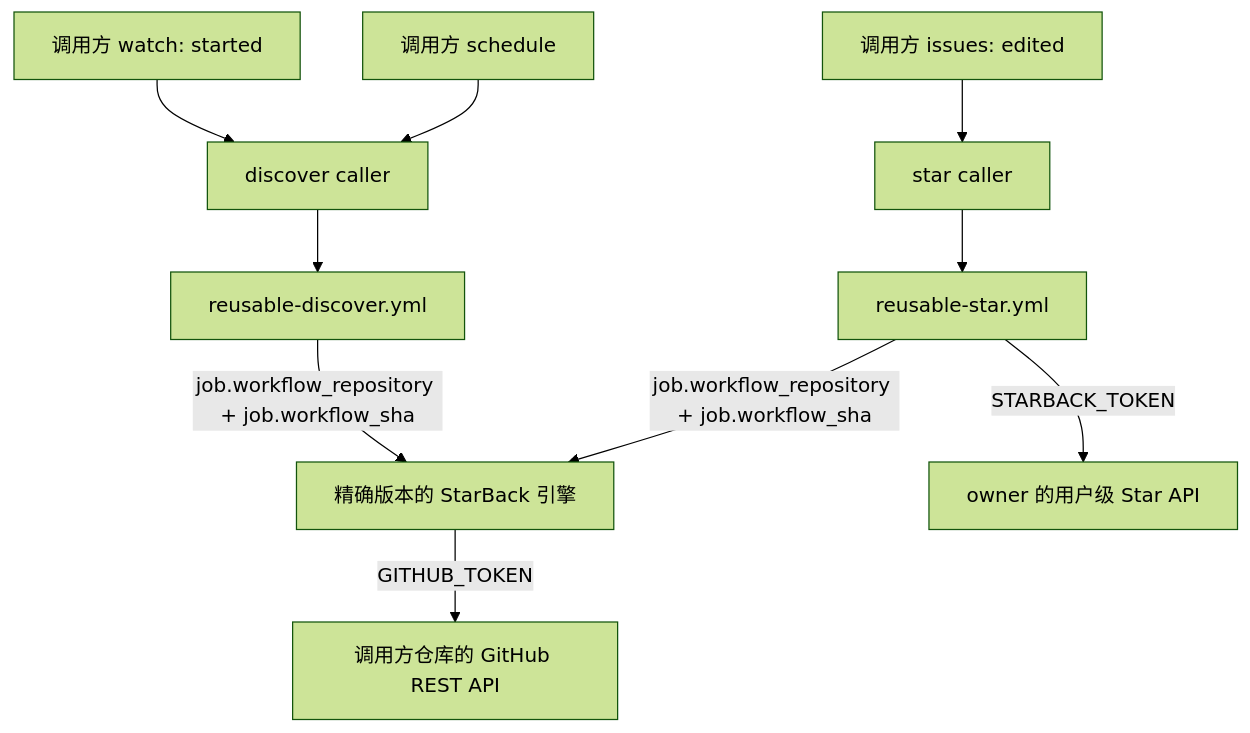
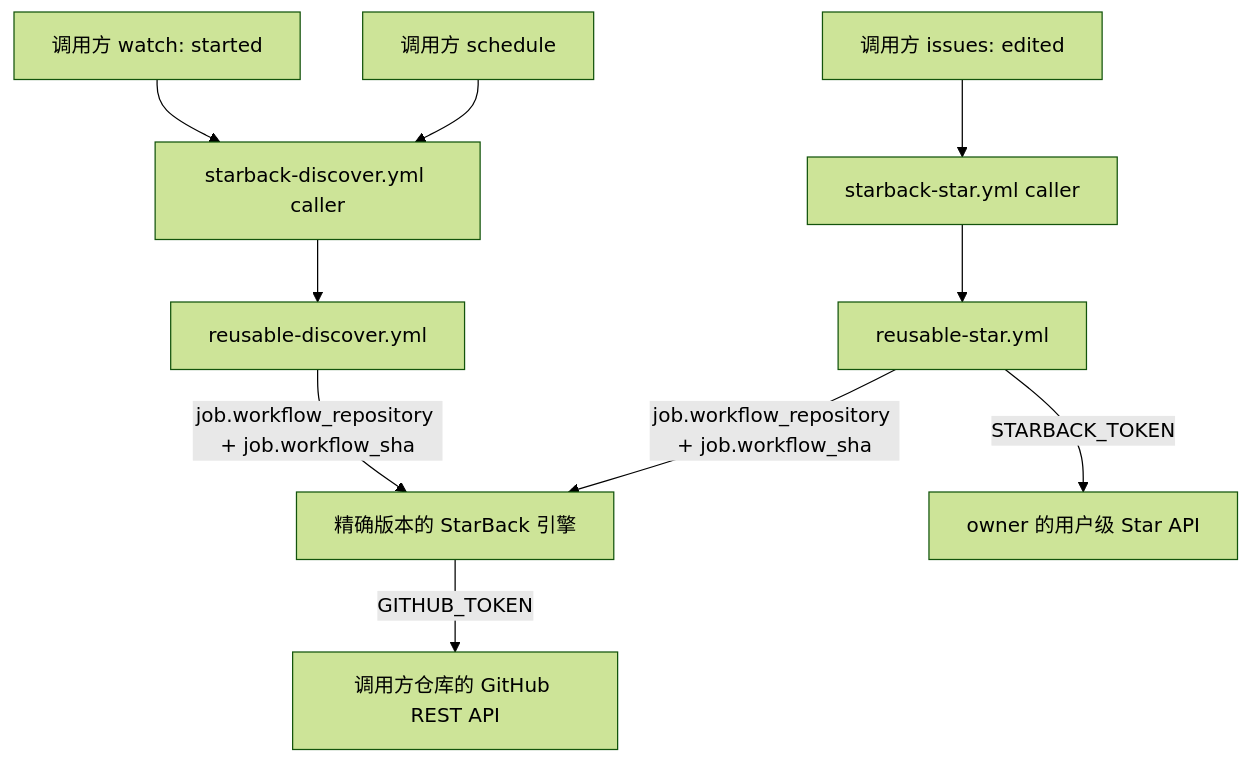
One commit to fly233338/StarBack changed the diagram in README.md. Above: the diagram before and after it, drawn with Mermaid (forest theme). The commit also changed other lines of this file and 1 other file, not shown here.

Commit message:
docs: align caller architecture with main

````diff
--- a/README.md
+++ b/README.md
@@ -13,12 +13,12 @@
 ```mermaid
 flowchart TD
-    W[调用方 watch: started] --> C1[discover caller]
+    W[调用方 watch: started] --> C1[starback-discover.yml caller]
     S[调用方 schedule] --> C1
-    E[调用方 issues: edited] --> C2[star caller]
+    E[调用方 issues: edited] --> C2[starback-star.yml caller]
     C1 --> R1[reusable-discover.yml]
     C2 --> R2[reusable-star.yml]
     R1 -->|job.workflow_repository + job.workflow_sha| ENG[精确版本的 StarBack 引擎]
     R2 -->|job.workflow_repository + job.workflow_sha| ENG
     ENG -->|GITHUB_TOKEN| API[调用方仓库的 GitHub REST API]
     R2 -->|STARBACK_TOKEN| STAR[owner 的用户级 Star API]
 ```
````
